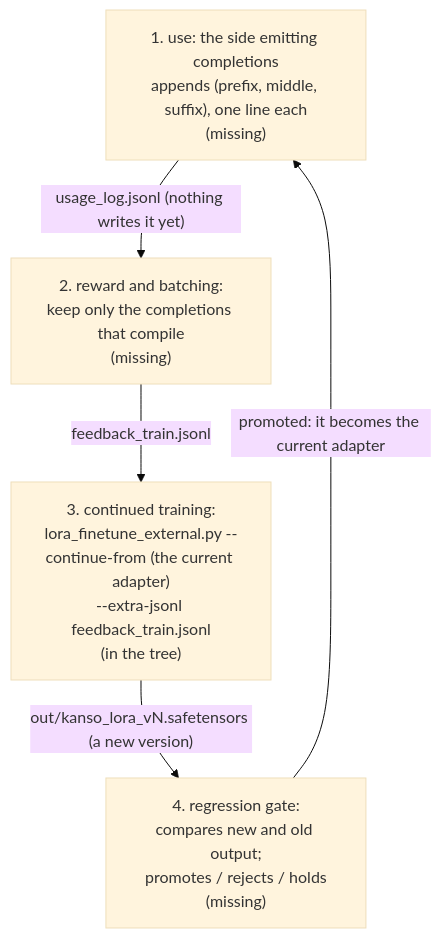
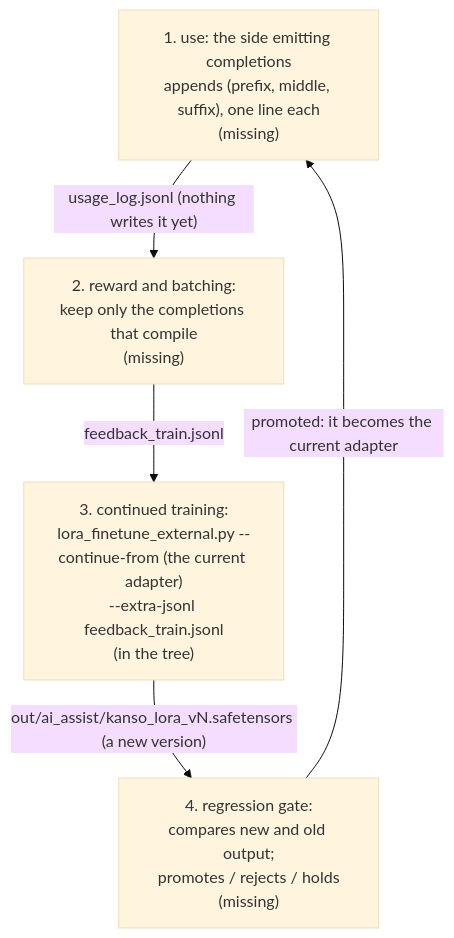
The diagram in docs/PLAN.md (kansosystem-org/kspl-experimental), drawn with Mermaid (base theme) before and after one commit. The commit also changed 60 other files, not shown here.

````diff
--- a/docs/PLAN.md
+++ b/docs/PLAN.md
@@ -69,11 +69,11 @@
 ```mermaid
 flowchart TD
     U["1. use: the side emitting completions<br/>appends (prefix, middle, suffix), one line each<br/>(missing)"]
     R["2. reward and batching:<br/>keep only the completions that compile<br/>(missing)"]
     C["3. continued training:<br/>lora_finetune_external.py --continue-from (the current adapter)<br/>--extra-jsonl feedback_train.jsonl<br/>(in the tree)"]
     G["4. regression gate:<br/>compares new and old output;<br/>promotes / rejects / holds<br/>(missing)"]
     U -->|"usage_log.jsonl (nothing writes it yet)"| R
     R -->|"feedback_train.jsonl"| C
-    C -->|"out/kanso_lora_vN.safetensors (a new version)"| G
+    C -->|"out/ai_assist/kanso_lora_vN.safetensors (a new version)"| G
     G -->|"promoted: it becomes the current adapter"| U
 ```
````
